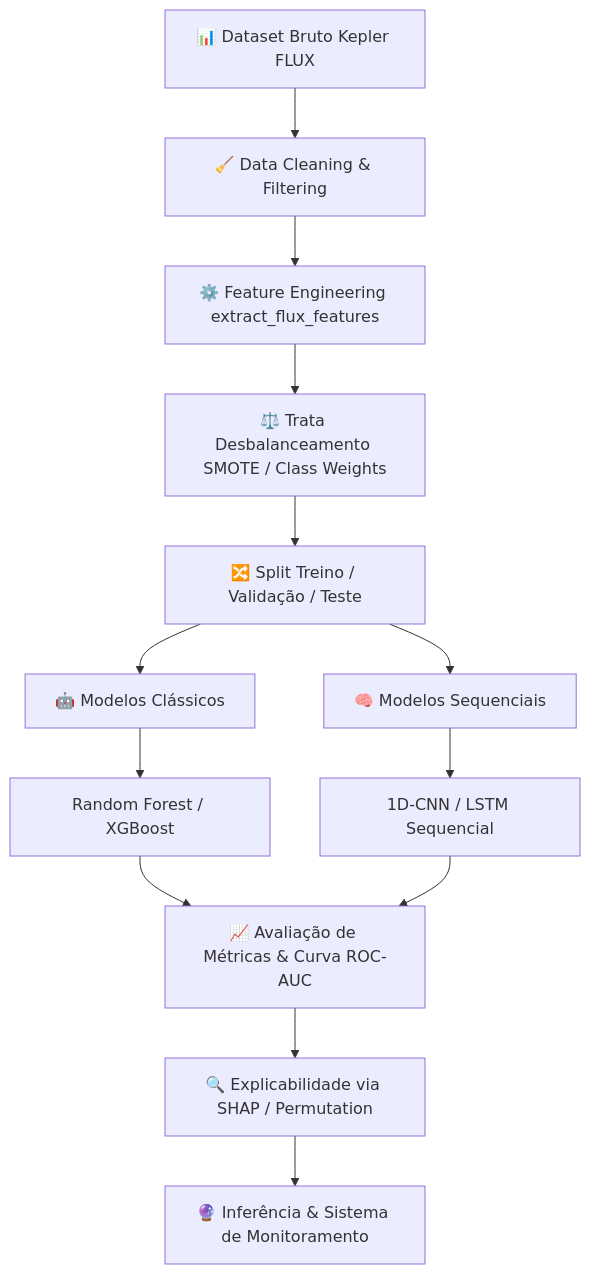
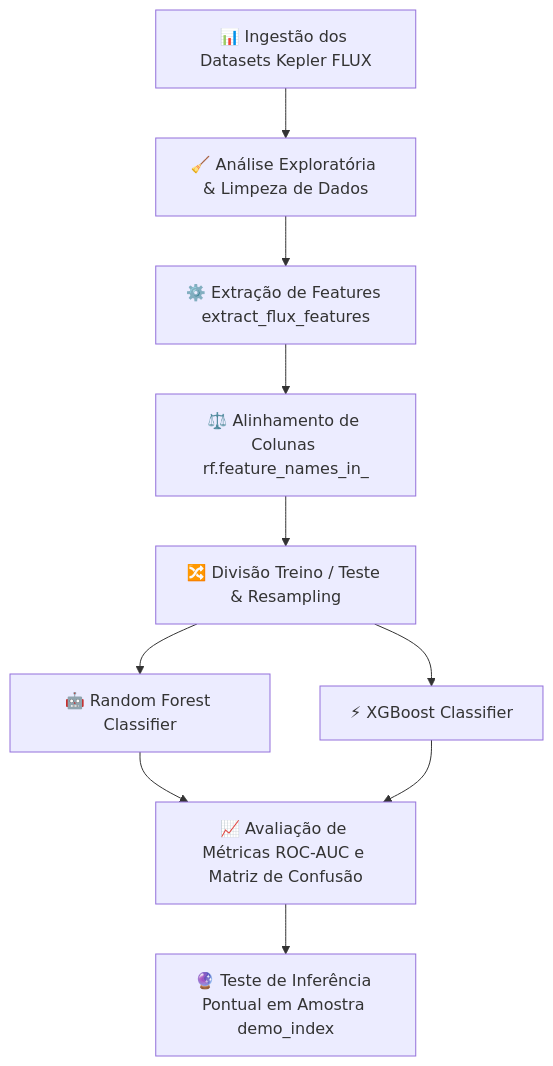
The diagram in README.md (el-pitchula/ExoHunter-ML), drawn with Mermaid before and after one commit. The commit also changed other lines of this file, not shown here.

````diff
--- a/README.md
+++ b/README.md
@@ -89,18 +89,14 @@
 ```mermaid
 flowchart TD
-    A[📊 Dataset Bruto Kepler FLUX] --> B[🧹 Data Cleaning & Filtering]
-    B --> C[⚙️ Feature Engineering extract_flux_features]
-    C --> D[⚖️ Trata Desbalanceamento SMOTE / Class Weights]
-    D --> E[🔀 Split Treino / Validação / Teste]
+    A[📊 Ingestão dos Datasets Kepler FLUX] --> B[🧹 Análise Exploratória & Limpeza de Dados]
+    B --> C[⚙️ Extração de Features extract_flux_features]
+    C --> D[⚖️ Alinhamento de Colunas rf.feature_names_in_]
+    D --> E[🔀 Divisão Treino / Teste & Resampling]
     
-    E --> F1[🤖 Modelos Clássicos]
-    E --> F2[🧠 Modelos Sequenciais]
+    E --> F1[🤖 Random Forest Classifier]
+    E --> F2[⚡ XGBoost Classifier]
     
-    F1 --> G1[Random Forest / XGBoost]
-    F2 --> G2[1D-CNN / LSTM Sequencial]
-    
-    G1 & G2 --> H[📈 Avaliação de Métricas & Curva ROC-AUC]
-    H --> I[🔍 Explicabilidade via SHAP / Permutation]
-    I --> J[🔮 Inferência & Sistema de Monitoramento]
+    F1 & F2 --> G[📈 Avaliação de Métricas ROC-AUC e Matriz de Confusão]
+    G --> H[🔮 Teste de Inferência Pontual em Amostra demo_index]
 
 ```
````
